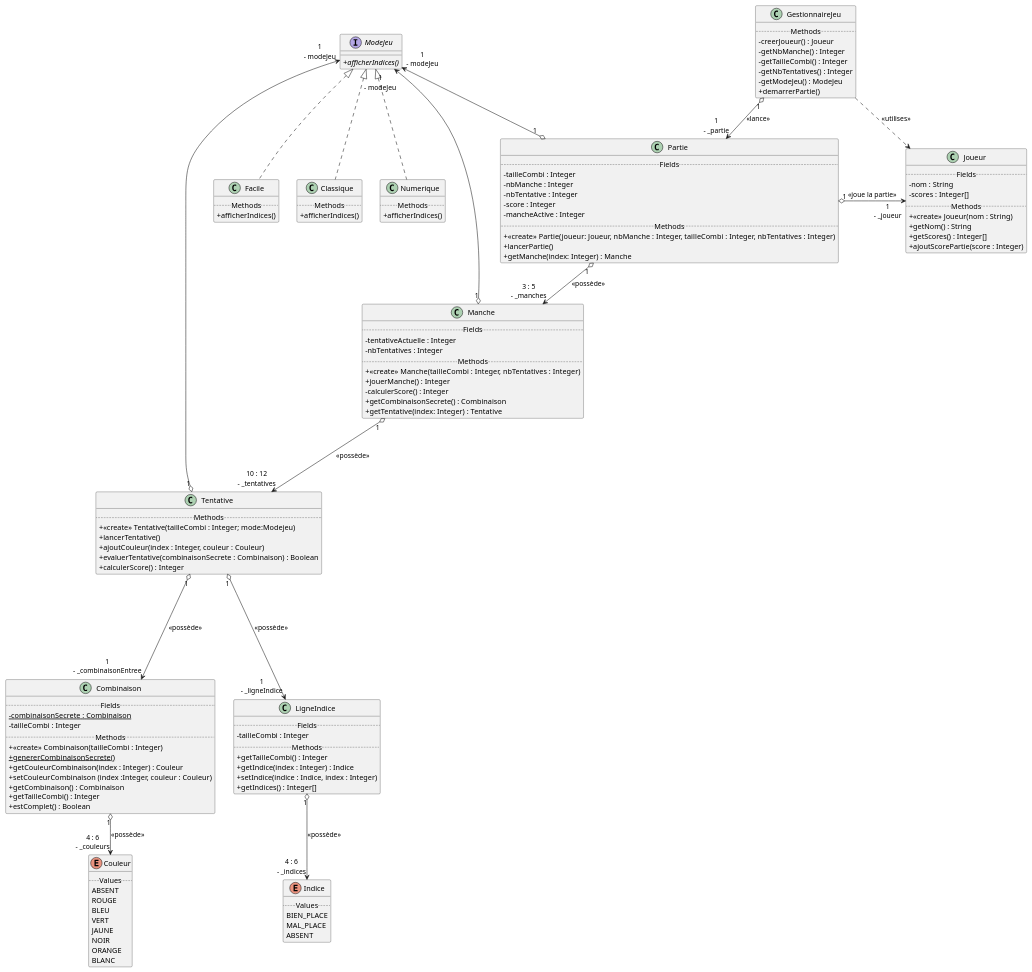
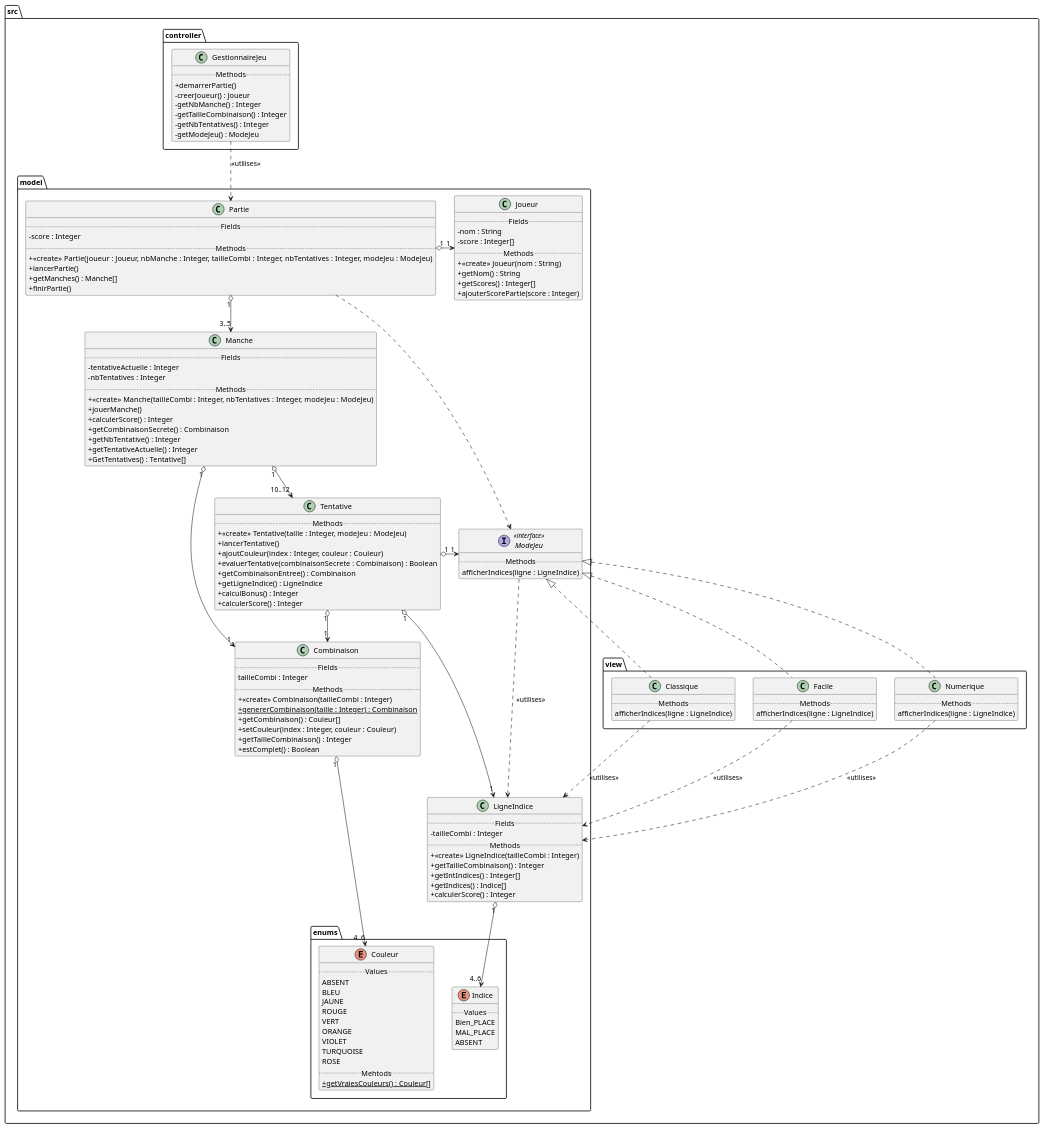
The diagram in uml/DCC.puml (DimToups/Mastermind-game), drawn with PlantUML before and after one commit. The commit also changed 19 other files, not shown here.

```diff
--- a/uml/DCC.puml
+++ b/uml/DCC.puml
@@ -1,141 +1,152 @@
 @startuml
 skinparam classAttributeIconSize 0
 
-enum Couleur{
-    ..Values..
-    ABSENT
-    ROUGE
-    BLEU
-    VERT
-    JAUNE
-    NOIR
-    ORANGE
-    BLANC
+package src{
+    package model{
+        package enums{
+            enum Couleur{
+                ..Values..
+                ABSENT
+                BLEU
+                JAUNE
+                ROUGE
+                VERT
+                ORANGE
+                VIOLET
+                TURQUOISE
+                ROSE
+                ..Mehtods..
+                + getVraiesCouleurs() : Couleur[] {static}
+            }
+            enum Indice{
+                ..Values..
+                Bien_PLACE
+                MAL_PLACE
+                ABSENT
+            }
+        }
+        class Combinaison{
+            ..Fields..
+            tailleCombi : Integer
+            ..Methods..
+            + <<create>> Combinaison(tailleCombi : Integer)
+            + genererCombinaison(taille : Integer) : Combinaison {static}
+            + getCombinaison() : Couleur[]
+            + setCouleur(index : Integer, couleur : Couleur)
+            + getTailleCombinaison() : Integer
+            + estComplet() : Boolean
+        }
+        class Joueur{
+            ..Fields..
+            - nom : String
+            - score : Integer[]
+            ..Methods..
+            + <<create>> Joueur(nom : String)
+            + getNom() : String
+            + getScores() : Integer[]
+            + ajouterScorePartie(score : Integer)
+        }
+        class LigneIndice{
+            ..Fields..
+            - tailleCombi : Integer
+            ..Methods..
+            + <<create>> LigneIndice(tailleCombi : Integer)
+            + getTailleCombinaison() : Integer
+            + getIntIndices() : Integer[]
+            + getIndices() : Indice[]
+            + calculerScore() : Integer
+        }
+        class Manche{
+            ..Fields..
+            - tentativeActuelle : Integer
+            - nbTentatives : Integer
+            ..Methods..
+            + <<create>> Manche(tailleCombi : Integer, nbTentatives : Integer, modeJeu : ModeJeu)
+            + jouerManche()
+            + calculerScore() : Integer
+            + getCombinaisonSecrete() : Combinaison
+            + getNbTentative() : Integer
+            + getTentativeActuelle() : Integer
+            + GetTentatives() : Tentative[]
+        }
+        interface ModeJeu <<interface>>{
+            ..Methods..
+            afficherIndices(ligne : LigneIndice)
+        }
+        class Partie{
+            ..Fields..
+            - score : Integer
+            ..Methods..
+            + <<create>> Partie(joueur : Joueur, nbManche : Integer, tailleCombi : Integer, nbTentatives : Integer, modeJeu : ModeJeu)
+            + lancerPartie()
+            + getManches() : Manche[]
+            + finirPartie()
+        }
+        class Tentative{
+            ..Methods..
+            + <<create>> Tentative(taille : Integer, modeJeu : ModeJeu)
+            + lancerTentative()
+            + ajoutCouleur(index : Integer, couleur : Couleur)
+            + evaluerTentative(combinaisonSecrete : Combinaison) : Boolean
+            + getCombinaisonEntree() : Combinaison
+            + getLigneIndice() : LigneIndice
+            + calculBonus() : Integer
+            + calculerScore() : Integer
+        }
+    }
+    package view{
+        class Classique{
+            ..Methods..
+            afficherIndices(ligne : LigneIndice)
+        }
+        class Facile{
+            ..Methods..
+            afficherIndices(ligne : LigneIndice)
+        }
+        class Numerique{
+            ..Methods..
+            afficherIndices(ligne : LigneIndice)
+        }
+    }
+    package controller{
+        class GestionnaireJeu{
+            ..Methods..
+            + demarrerPartie()
+            - creerJoueur() : Joueur
+            - getNbManche() : Integer
+            - getTailleCombinaison() : Integer
+            - getNbTentatives() : Integer
+            - getModeJeu() : ModeJeu
+        }
+    }
 }
 
-enum Indice {
-    ..Values..
-    BIEN_PLACE
-    MAL_PLACE
-    ABSENT
-}
+src.controller.GestionnaireJeu ..> src.model.Partie : <<utilises>>
 
-class GestionnaireJeu{
-    ..Methods..
-    - creerJoueur() : Joueur
-    - getNbManche() : Integer
-    - getTailleCombi() : Integer
-    - getNbTentatives() : Integer
-    - getModeJeu() : ModeJeu
-    + demarrerPartie()
-}
 
-class Joueur{
-    ..Fields..
-    - nom : String
-    - scores : Integer[]
-    ..Methods..
-    + <<create>> Joueur(nom : String)
-    + getNom() : String
-    + getScores() : Integer[]
-    + ajoutScorePartie(score : Integer)
-}
+src.model.Combinaison "1" o--> "4..6" src.model.enums.Couleur
 
-class Partie{
-    ..Fields..
-    - tailleCombi : Integer
-    - nbManche : Integer
-    - nbTentative : Integer
-    - score : Integer
-    - mancheActive : Integer
-    ..Methods..
-    + <<create>> Partie(joueur: Joueur, nbManche : Integer, tailleCombi : Integer, nbTentatives : Integer)
-    + lancerPartie()
-    + getManche(index: Integer) : Manche
-}
+src.model.LigneIndice "1" o--> "4..6" src.model.enums.Indice
 
-class Manche{
-    ..Fields..
-    - tentativeActuelle : Integer
-    - nbTentatives : Integer
-    ..Methods..
-    + <<create>> Manche(tailleCombi : Integer, nbTentatives : Integer)
-    + jouerManche() : Integer
-    - calculerScore() : Integer
-    + getCombinaisonSecrete() : Combinaison
-    + getTentative(index: Integer) : Tentative
-}
+src.model.Manche "1" o--> "10..12" src.model.Tentative
+src.model.Manche "1" o--> "1" src.model.Combinaison
 
-class Tentative{
-    ..Methods..
-    + <<create>> Tentative(tailleCombi : Integer; mode:Modejeu)
-    + lancerTentative()
-    + ajoutCouleur(index : Integer, couleur : Couleur)
-    + evaluerTentative(combinaisonSecrete : Combinaison) : Boolean
-    + calculerScore() : Integer
-}
+src.model.ModeJeu ...> src.model.LigneIndice : <<utilises>>
+src.model.ModeJeu <|.. src.view.Classique
+src.model.ModeJeu <|.. src.view.Facile
+src.model.ModeJeu <|.. src.view.Numerique
 
-class Combinaison{
-    ..Fields..
-    - combinaisonSecrete : Combinaison {static}
-    - tailleCombi : Integer
-    ..Methods..
-    + <<create>> Combinaison(tailleCombi : Integer)
-    + genererCombinaisonSecrete() {static}
-    + getCouleurCombinaison(index : Integer) : Couleur
-    + setCouleurCombinaison (index :Integer, couleur : Couleur)
-    + getCombinaison() : Combinaison
-    + getTailleCombi() : Integer
-    + estComplet() : Boolean
-}
+src.model.Partie "1" o-> "1" src.model.Joueur
+src.model.Partie "1" o--> "3..5" src.model.Manche
+src.model.Partie .> src.model.ModeJeu
 
-class LigneIndice{
-    ..Fields..
-    - tailleCombi : Integer
-    ..Methods..
-    + getTailleCombi() : Integer
-    + getIndice(index : Integer) : Indice
-    + setIndice(indice : Indice, index : Integer)
-    + getIndices() : Integer[]
-    '+ finirTentative()
-}
+src.model.Tentative "1" o--> "1" src.model.Combinaison
+src.model.Tentative "1" o--> "1" src.model.LigneIndice
+src.model.Tentative "1" o-> "1" src.model.ModeJeu
 
-interface ModeJeu{
-    + afficherIndices() {abstract}
-}
 
-class Facile implements ModeJeu{
-    ..Methods..
-    + afficherIndices()
-}
-
-class Classique implements ModeJeu{
-    ..Methods..
-    + afficherIndices()
-}
-
-class Numerique implements ModeJeu{
-    ..Methods..
-    + afficherIndices()
-}
-
-Partie "1" o--> "3 : 5\n- _manches" Manche : <<possède>>
-Partie "1" o-> "1\n- _joueur" Joueur : <<joue la partie>>
-
-GestionnaireJeu "1" o--> "1\n- _partie" Partie : <<lance>>
-GestionnaireJeu ..> Joueur : <<utilises>>
-
-Manche "1" o---> "10 : 12\n- _tentatives" Tentative : <<possède>>
-
-Tentative "1" o----> "1\n- _ligneIndice" LigneIndice : <<possède>>
-Tentative "1" o----> "1\n- _combinaisonEntree" Combinaison : <<possède>>
-
-Combinaison "1" o--> "4 : 6\n- _couleurs" Couleur : <<possède>>
-
-LigneIndice "1" o--> "4 : 6\n- _indices" Indice : <<possède>>
-
-ModeJeu "1\n- modeJeu" <--o "1" Partie
-ModeJeu "1\n- modeJeu" <--o "1" Manche
-ModeJeu "1\n- modeJeu" <--o "1" Tentative
+src.view.Classique ..> src.model.LigneIndice : <<utilises>>
+src.view.Facile ..> src.model.LigneIndice : <<utilises>>
+src.view.Numerique ..> src.model.LigneIndice : <<utilises>>
 
 @enduml
```
